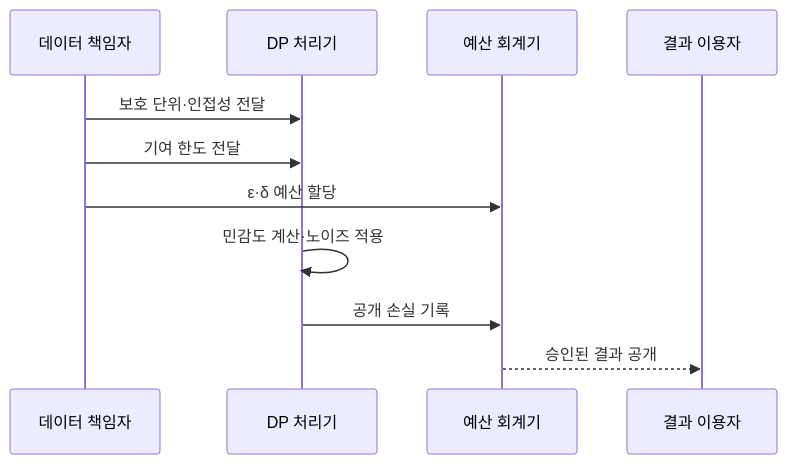
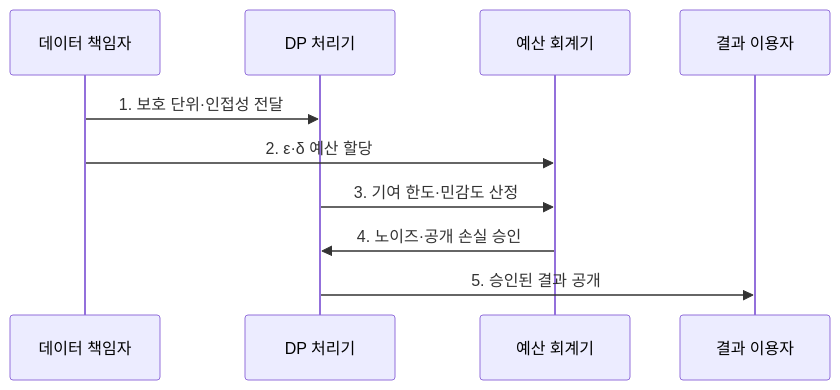
Before and after one commit to agnusdei1207/knowledge-base: the second of 2 diagrams in src/content/docs/notes/05-security/018_differential_privacy.md, drawn with Mermaid. The commit also changed other lines of this file and 22 other files, not shown here.

````diff
--- a/src/content/docs/notes/05-security/018_differential_privacy.md
+++ b/src/content/docs/notes/05-security/018_differential_privacy.md
@@ -78,13 +87,12 @@
 ```mermaid
 sequenceDiagram
     participant O as 데이터 책임자
     participant M as DP 처리기
     participant A as 예산 회계기
     participant U as 결과 이용자
-    O->>M: 보호 단위·인접성 전달
-    O->>M: 기여 한도 전달
-    O->>A: ε·δ 예산 할당
-    M->>M: 민감도 계산·노이즈 적용
-    M->>A: 공개 손실 기록
-    A-->>U: 승인된 결과 공개
+    O->>M: 1. 보호 단위·인접성 전달
+    O->>A: 2. ε·δ 예산 할당
+    M->>A: 3. 기여 한도·민감도 산정
+    A->>M: 4. 노이즈·공개 손실 승인
+    M->>U: 5. 승인된 결과 공개
 ```
````
